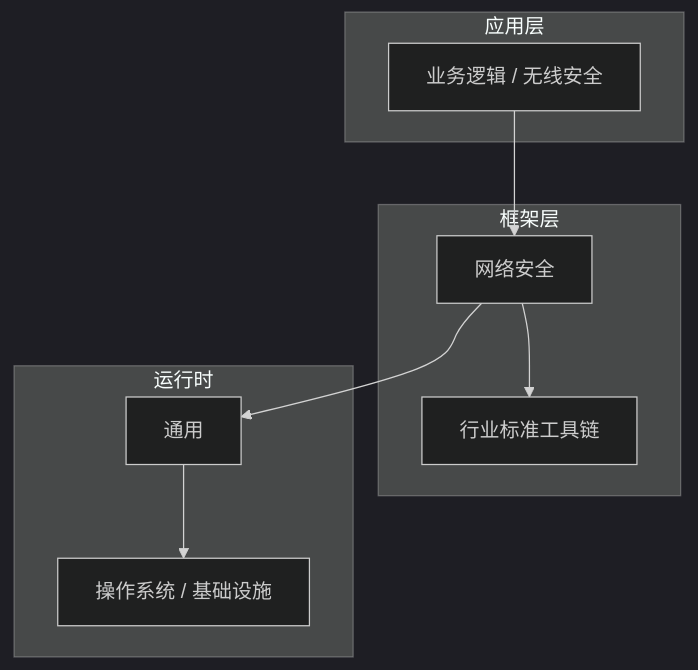
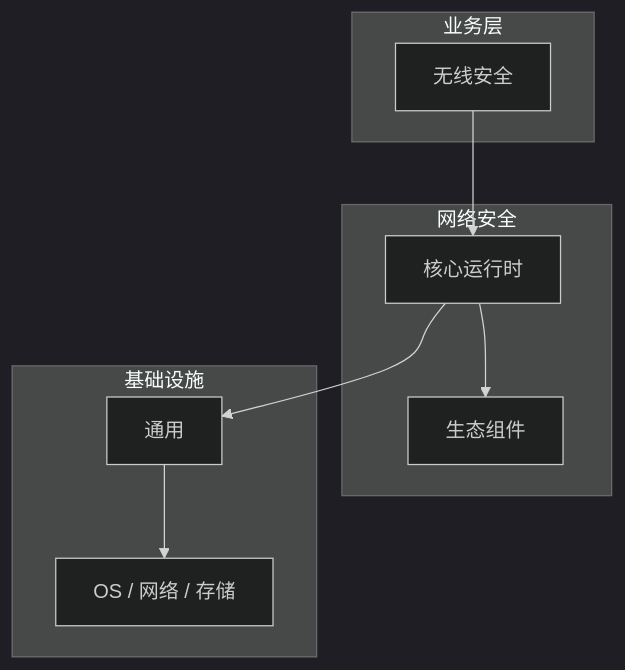
Before and after one commit to yanggan2015/knowledge-json-v2: the diagram in articles/网络安全/chapters/077-无线安全核心概念与原理.md, drawn with Mermaid (dark theme). The commit also changed other lines of this file and 10127 other files, not shown here.

````diff
--- a/articles/网络安全/chapters/077-无线安全核心概念与原理.md
+++ b/articles/网络安全/chapters/077-无线安全核心概念与原理.md
@@ -46,18 +35,18 @@
 ```mermaid
 graph TB
-    subgraph 应用层
-        A[业务逻辑 / 无线安全]
+    subgraph 业务层
+        A[无线安全]
     end
-    subgraph 框架层
-        B[网络安全]
-        C[行业标准工具链]
+    subgraph 网络安全
+        B[核心运行时]
+        C[生态组件]
     end
-    subgraph 运行时
+    subgraph 基础设施
         D[通用]
-        E[操作系统 / 基础设施]
+        E[OS / 网络 / 存储]
     end
     A --> B
     B --> C
     B --> D
     D --> E
 ```
````
